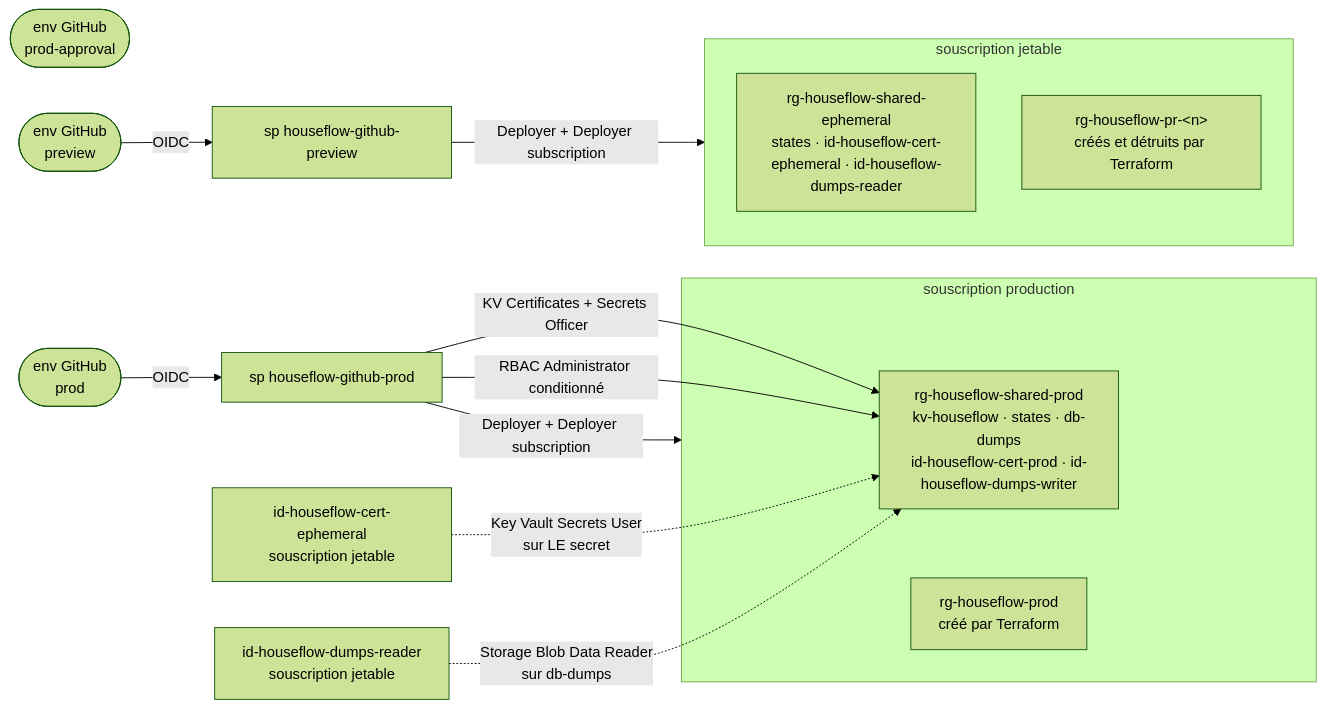
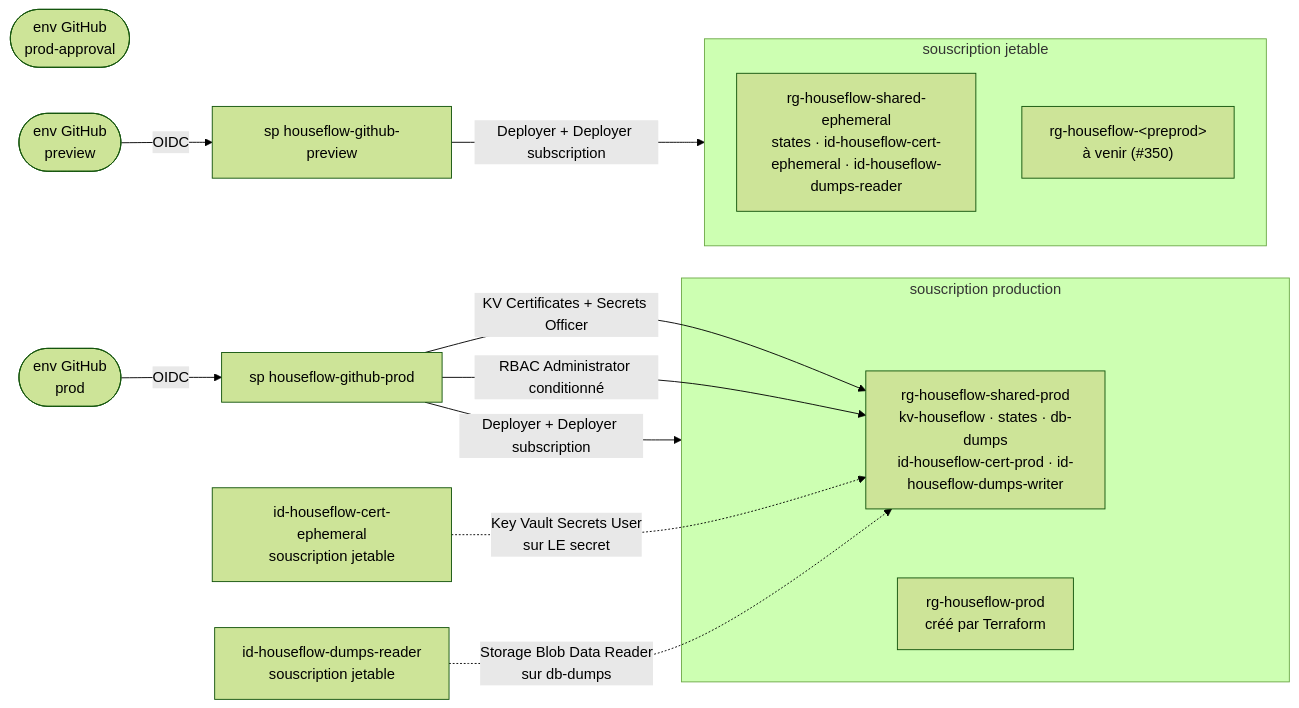
The diagram in infrastructure/rbac/README.md (BarbeRouss/HouseFlow), drawn with Mermaid (forest theme) before and after one commit. The commit also changed other lines of this file and 25 other files, not shown here.

````diff
--- a/infrastructure/rbac/README.md
+++ b/infrastructure/rbac/README.md
@@ -33,26 +34,26 @@
 ```mermaid
 graph LR
   EA(["env GitHub<br/>prod-approval"])
 
   EO(["env GitHub<br/>prod"]) -->|OIDC| SPO["sp houseflow-github-prod"]
   EV(["env GitHub<br/>preview"]) -->|OIDC| SPV["sp houseflow-github-preview"]
 
   subgraph SUBP ["souscription production"]
     RGS["rg-houseflow-shared-prod<br/>kv-houseflow · states · db-dumps<br/>id-houseflow-cert-prod · id-houseflow-dumps-writer"]
     RGO["rg-houseflow-prod<br/>créé par Terraform"]
   end
 
   subgraph SUBE ["souscription jetable"]
     RGSE["rg-houseflow-shared-ephemeral<br/>states · id-houseflow-cert-ephemeral · id-houseflow-dumps-reader"]
-    RGX["rg-houseflow-pr-&lt;n&gt;<br/>créés et détruits par Terraform"]
+    RGX["rg-houseflow-&lt;preprod&gt;<br/>à venir (#350)"]
   end
 
   SPO -->|Deployer + Deployer subscription| SUBP
   SPO -->|KV Certificates + Secrets Officer| RGS
   SPO -->|RBAC Administrator conditionné| RGS
 
   SPV -->|Deployer + Deployer subscription| SUBE
 
   IDC["id-houseflow-cert-ephemeral<br/>souscription jetable"] -.->|Key Vault Secrets User<br/>sur LE secret| RGS
   IDD["id-houseflow-dumps-reader<br/>souscription jetable"] -.->|Storage Blob Data Reader<br/>sur db-dumps| RGS
 ```
````
